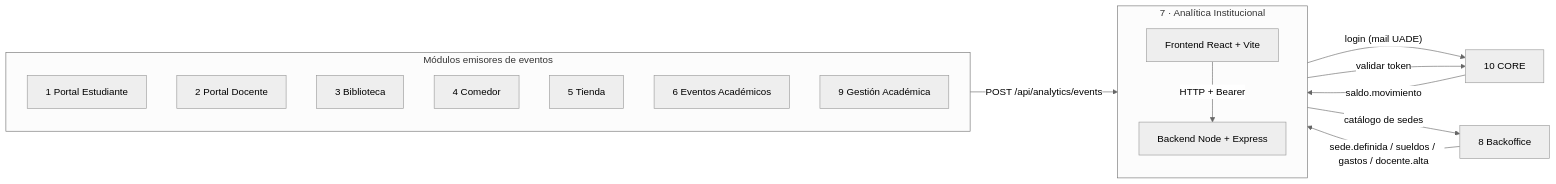
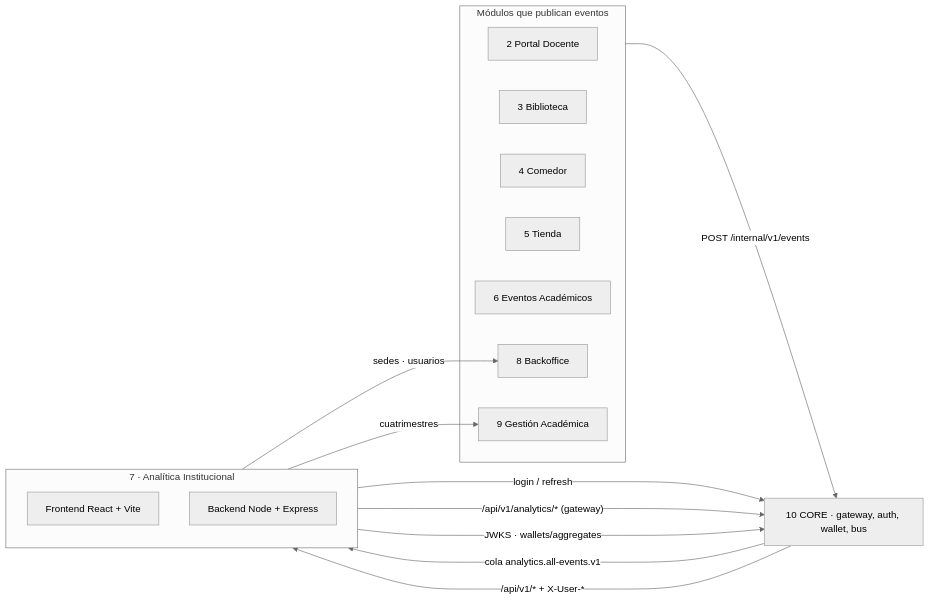
Before and after one commit to JoacoaFernandez/Modulo7: the diagram in README.md, drawn with Mermaid (neutral theme). The commit also changed other lines of this file and 97 other files, not shown here.

````diff
--- a/README.md
+++ b/README.md
@@ -28,28 +35,28 @@
 ```mermaid
 flowchart LR
-  subgraph Emisores["Módulos emisores de eventos"]
-    PE[1 Portal Estudiante]
+  subgraph Emisores["Módulos que publican eventos"]
     PD[2 Portal Docente]
     BI[3 Biblioteca]
     CO[4 Comedor]
     TI[5 Tienda]
     EV[6 Eventos Académicos]
+    BO[8 Backoffice]
     GA[9 Gestión Académica]
   end
-  BO[8 Backoffice]
-  CORE[10 CORE]
+  CORE[10 CORE · gateway, auth, wallet, bus]
 
   subgraph M7["7 · Analítica Institucional"]
     direction TB
     FE[Frontend React + Vite]
     BE[Backend Node + Express]
-    FE -- "HTTP + Bearer" --> BE
   end
 
-  Emisores -- "POST /api/analytics/events" --> BE
-  BO -- "sede.definida / sueldos / gastos / docente.alta" --> BE
-  CORE -- "saldo.movimiento" --> BE
-  FE -- "login (mail UADE)" --> CORE
-  BE -- "validar token" --> CORE
-  BE -- "catálogo de sedes" --> BO
+  Emisores -- "POST /internal/v1/events" --> CORE
+  CORE -- "cola analytics.all-events.v1" --> BE
+  FE -- "login / refresh" --> CORE
+  FE -- "/api/v1/analytics/* (gateway)" --> CORE
+  CORE -- "/api/v1/* + X-User-*" --> BE
+  BE -- "JWKS · wallets/aggregates" --> CORE
+  BE -- "sedes · usuarios" --> BO
+  BE -- "cuatrimestres" --> GA
 ```
````
